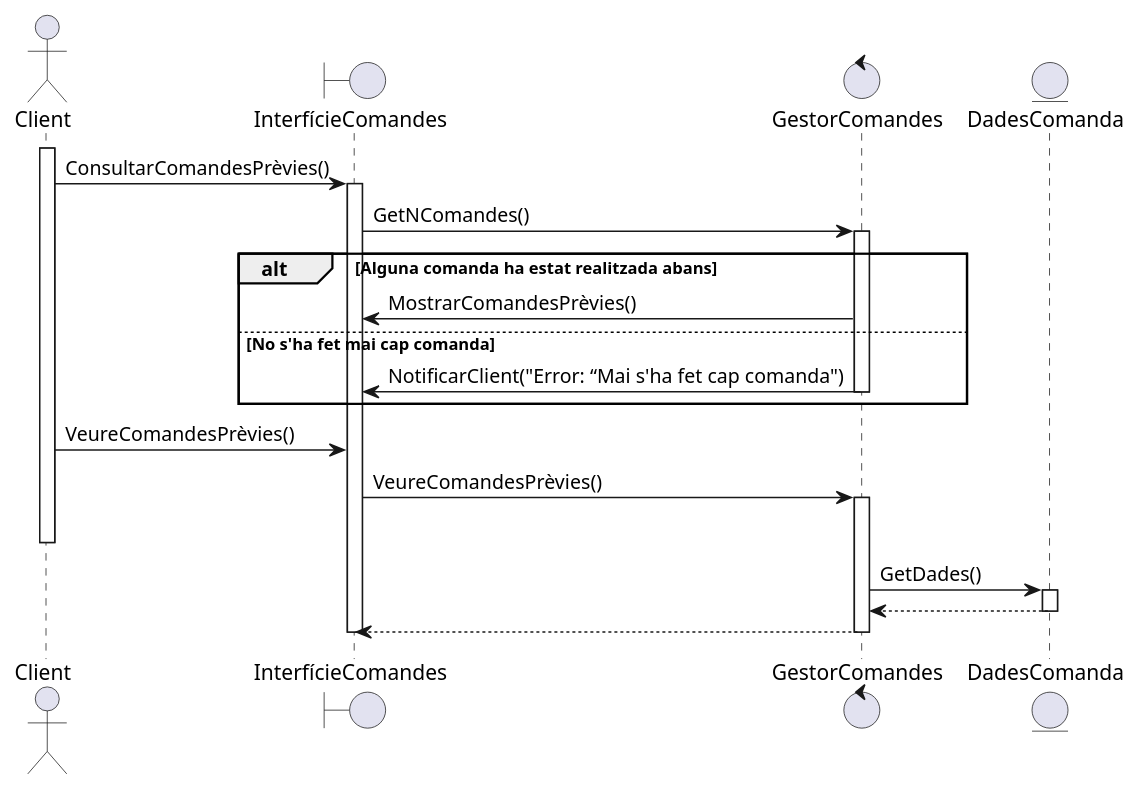
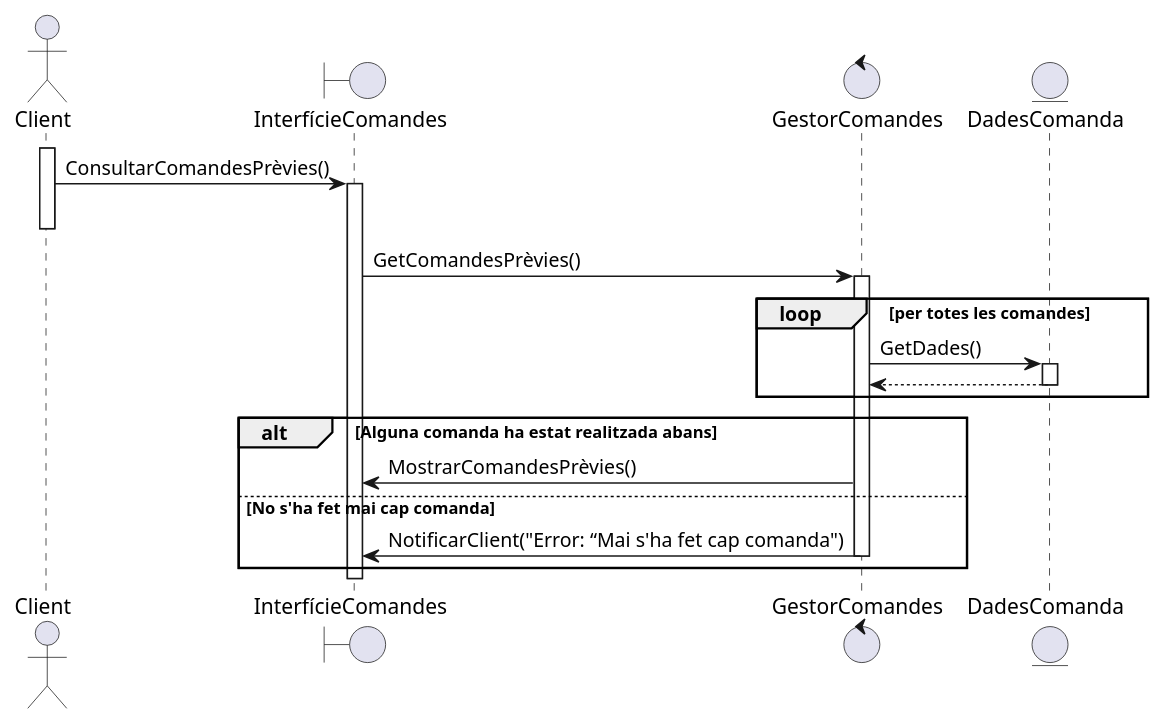
One commit to martipages/ES23UAB431-02 changed the diagram in documents/Diagrames i Especificacions/Seqüencia/seta/1-Consultar comandes prèvies.puml. Above: the diagram before and after it, drawn with PlantUML. The commit also changed 21 other files, not shown here.

```diff
--- a/documents/Diagrames i Especificacions/Seqüencia/seta/1-Consultar comandes prèvies.puml
+++ b/documents/Diagrames i Especificacions/Seqüencia/seta/1-Consultar comandes prèvies.puml
@@ -1,24 +1,25 @@
 @startuml
 actor Client
 boundary InterfícieComandes
 control GestorComandes
 entity DadesComanda
 
 Client++
 Client -> InterfícieComandes++: ConsultarComandesPrèvies()
-InterfícieComandes -> GestorComandes++: GetNComandes()
+Client--
+
+InterfícieComandes -> GestorComandes ++: GetComandesPrèvies()
+loop per totes les comandes
+GestorComandes -> DadesComanda ++: GetDades()
+DadesComanda --> GestorComandes --
+end loop
 alt Alguna comanda ha estat realitzada abans
 GestorComandes->InterfícieComandes: MostrarComandesPrèvies() 
 else No s'ha fet mai cap comanda
 GestorComandes->InterfícieComandes--: NotificarClient("Error: “Mai s'ha fet cap comanda")
 end
 
-Client -> InterfícieComandes: VeureComandesPrèvies()
-InterfícieComandes -> GestorComandes ++: VeureComandesPrèvies()
-Client--
-GestorComandes -> DadesComanda ++: GetDades()
-DadesComanda --> GestorComandes --
-GestorComandes --> InterfícieComandes--:
+
 InterfícieComandes--
 
 @enduml
```
